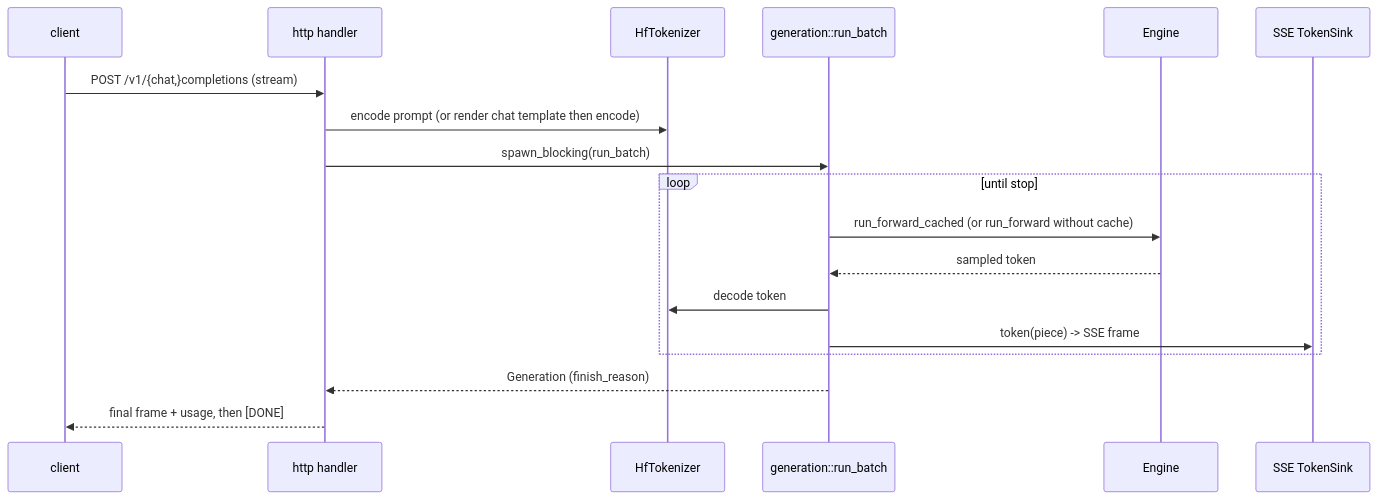
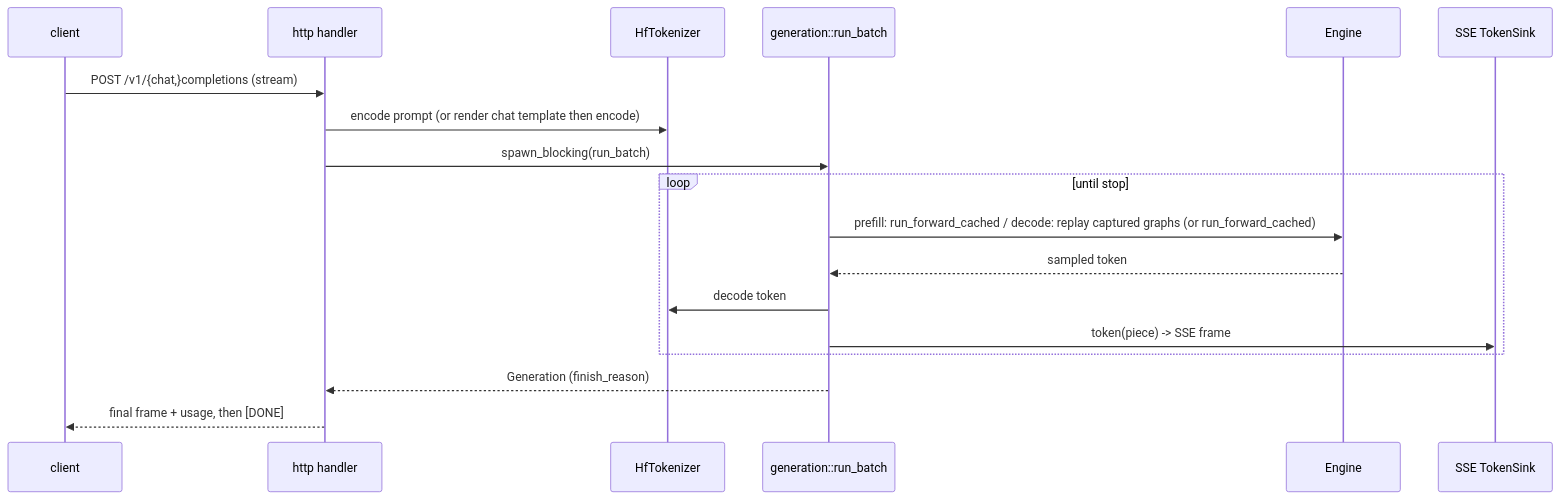
Before and after one commit to butzist/ferrum-torrens: diagram 15 of 17 in ARCHITECTURE.md, drawn with Mermaid. The commit also changed other lines of this file and 14 other files, not shown here.

Commit message:
feat(decode): let the engine own the captured decode buffers and graphs

````diff
--- a/ARCHITECTURE.md
+++ b/ARCHITECTURE.md
@@ -512,20 +519,20 @@
 ```mermaid
 sequenceDiagram
   participant C as client
   participant H as http handler
   participant T as HfTokenizer
   participant G as generation::run_batch
   participant E as Engine
   participant Sink as SSE TokenSink
   C->>H: POST /v1/{chat,}completions (stream)
   H->>T: encode prompt (or render chat template then encode)
   H->>G: spawn_blocking(run_batch)
   loop until stop
-    G->>E: run_forward_cached (or run_forward without cache)
+    G->>E: prefill: run_forward_cached / decode: replay captured graphs (or run_forward_cached)
     E-->>G: sampled token
     G->>T: decode token
     G->>Sink: token(piece) -> SSE frame
   end
   G-->>H: Generation (finish_reason)
   H-->>C: final frame + usage, then [DONE]
 ```
````
